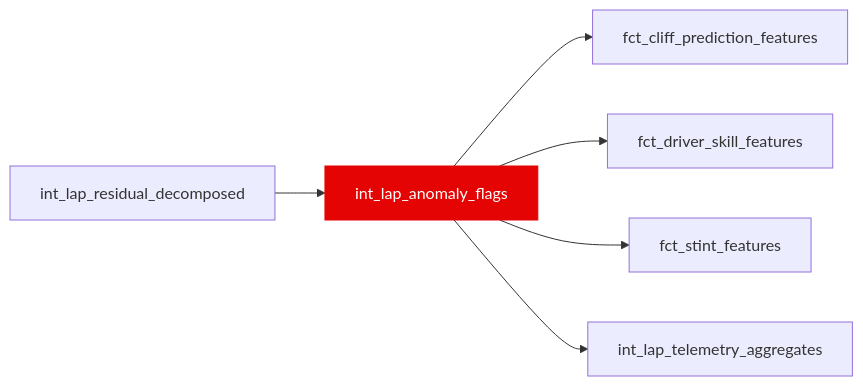
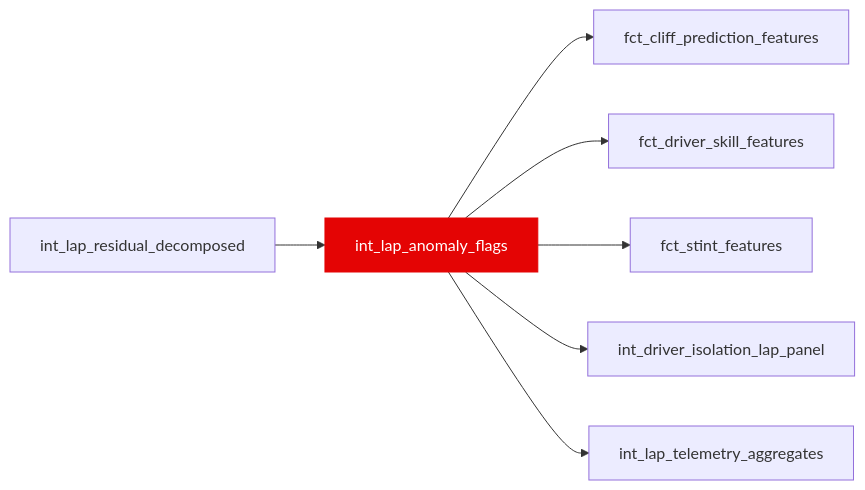
Before and after one commit to JustinClarke/off-the-pace: the diagram in docs/reference/models/int/int_lap_anomaly_flags.mdx, drawn with Mermaid. The commit also changed 79 other files, not shown here.

````diff
--- a/docs/reference/models/int/int_lap_anomaly_flags.mdx
+++ b/docs/reference/models/int/int_lap_anomaly_flags.mdx
@@ -15,9 +15,10 @@
 ```mermaid
 flowchart LR
   int_lap_residual_decomposed --> int_lap_anomaly_flags
   int_lap_anomaly_flags --> fct_cliff_prediction_features
   int_lap_anomaly_flags --> fct_driver_skill_features
   int_lap_anomaly_flags --> fct_stint_features
+  int_lap_anomaly_flags --> int_driver_isolation_lap_panel
   int_lap_anomaly_flags --> int_lap_telemetry_aggregates
   style int_lap_anomaly_flags fill:#e40404,stroke:#e40404,color:#fff
 ```
````
